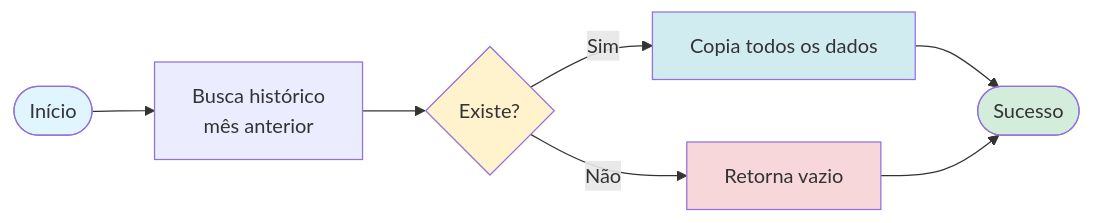
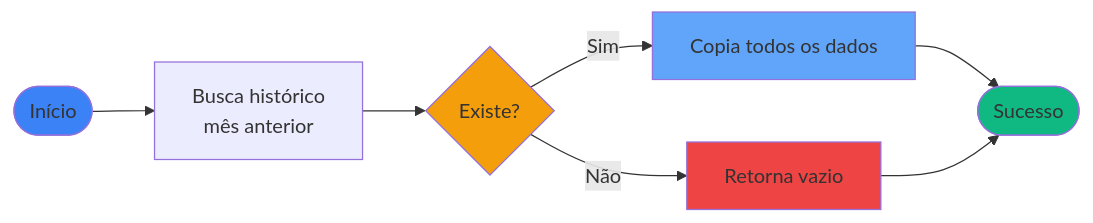
Before and after one commit to enirsilvaferraz/Investments-KMP: the second of 3 diagrams in docs/RN - Criar novo registro de histórico.md, drawn with Mermaid. The commit also changed other lines of this file, not shown here.

First line of the commit message:
docs: Update colors in Mermaid flowcharts

````diff
--- a/docs/RN - Criar novo registro de histórico.md
+++ b/docs/RN - Criar novo registro de histórico.md
@@ -68,15 +68,15 @@
 ```mermaid
 flowchart LR
     Start([Início]) --> Get[Busca histórico<br/>mês anterior]
     Get --> Exists{Existe?}
     Exists -->|Sim| Copy[Copia todos os dados]
     Exists -->|Não| Fail[Retorna vazio]
     Copy --> Success([Sucesso])
     Fail --> Success
     
-    style Start fill:#e1f5ff
-    style Success fill:#d4edda
-    style Exists fill:#fff3cd
-    style Copy fill:#d1ecf1
-    style Fail fill:#f8d7da
+    style Start fill:#3b82f6
+    style Success fill:#10b981
+    style Exists fill:#f59e0b
+    style Copy fill:#60a5fa
+    style Fail fill:#ef4444
 ```
````
